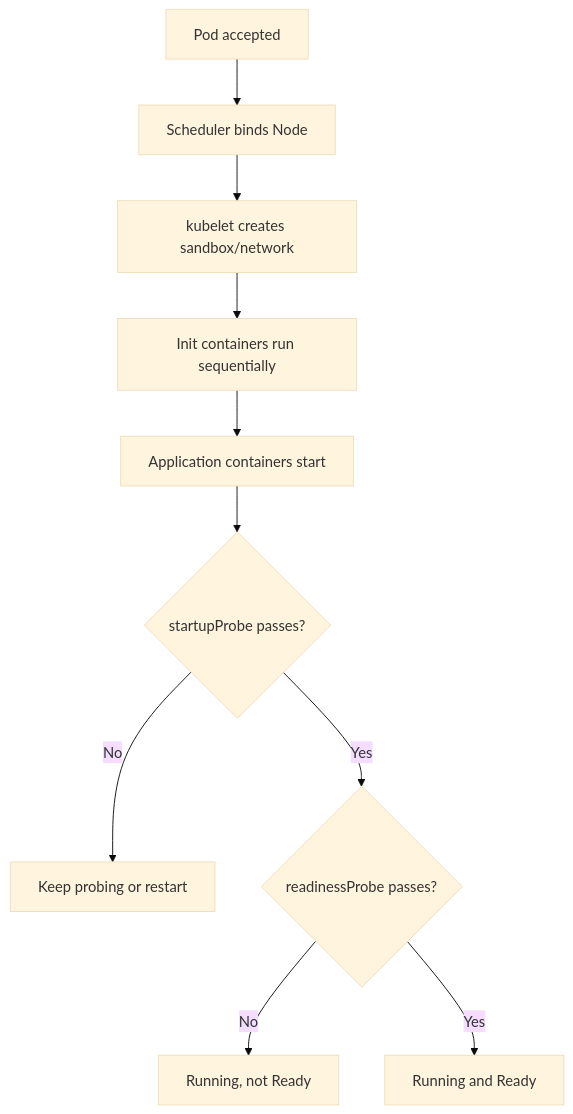
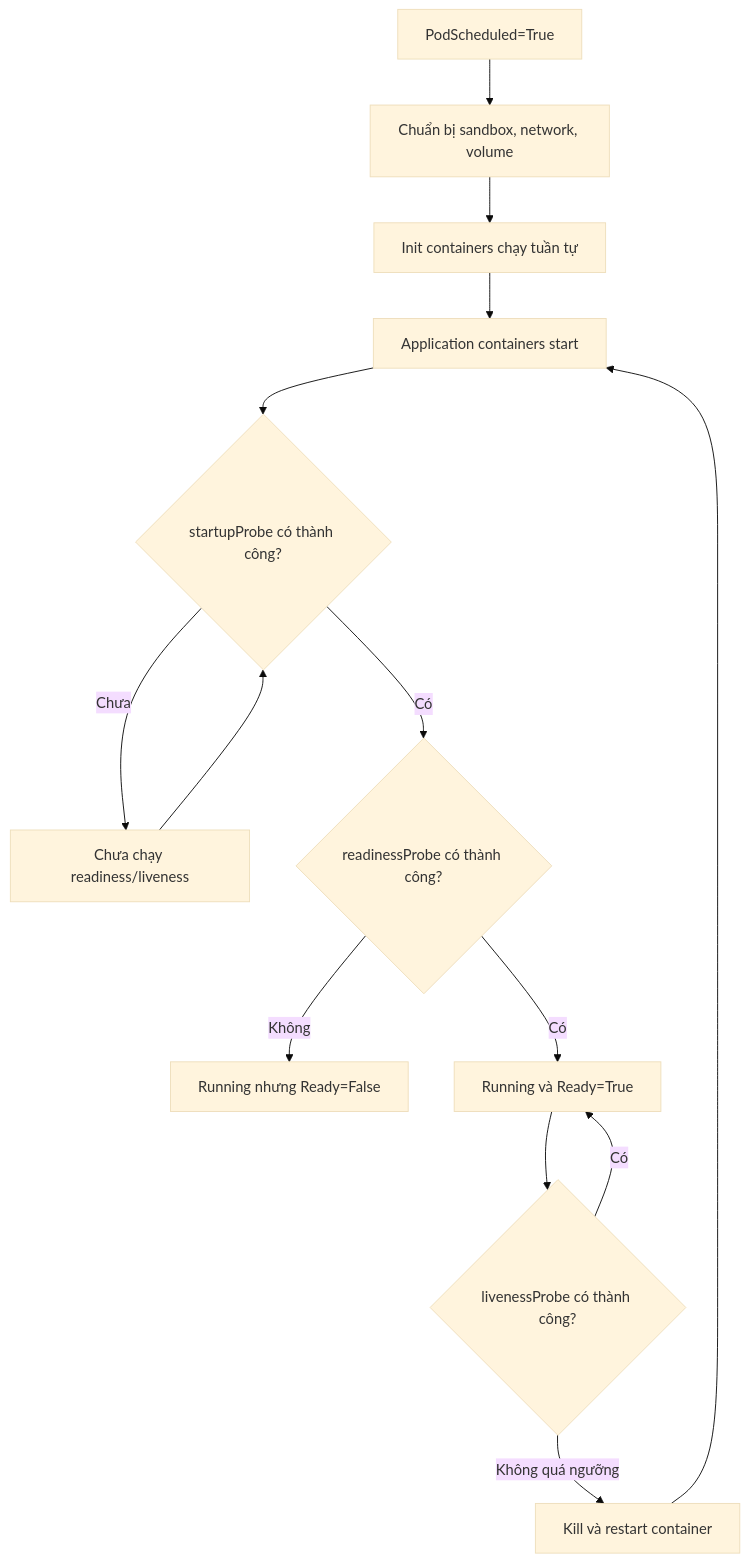
One commit to vanhiep99w/k8s-learn changed the second of 2 diagrams in content/docs/workloads/pod-lifecycle.md. Above: the diagram before and after it, drawn with Mermaid (base theme). The commit also changed other lines of this file and 2 other files, not shown here.

Commit message:
docs: viết lại hướng dẫn Pod và DaemonSet

````diff
--- a/content/docs/workloads/pod-lifecycle.md
+++ b/content/docs/workloads/pod-lifecycle.md
@@ -177,12 +648,16 @@
 ```mermaid
 flowchart TD
-    A[Pod accepted] --> B[Scheduler binds Node]
-    B --> C[kubelet creates sandbox/network]
-    C --> D[Init containers run sequentially]
-    D --> E[Application containers start]
-    E --> F{startupProbe passes?}
-    F -- No --> G[Keep probing or restart]
-    F -- Yes --> H{readinessProbe passes?}
-    H -- No --> I[Running, not Ready]
-    H -- Yes --> J[Running and Ready]
+    A[PodScheduled=True] --> B[Chuẩn bị sandbox, network, volume]
+    B --> C[Init containers chạy tuần tự]
+    C --> D[Application containers start]
+    D --> E{startupProbe có thành công?}
+    E -->|Chưa| F[Chưa chạy readiness/liveness]
+    F --> E
+    E -->|Có| G{readinessProbe có thành công?}
+    G -->|Không| H[Running nhưng Ready=False]
+    G -->|Có| I[Running và Ready=True]
+    I --> J{livenessProbe có thành công?}
+    J -->|Có| I
+    J -->|Không quá ngưỡng| K[Kill và restart container]
+    K --> D
 ```
````
